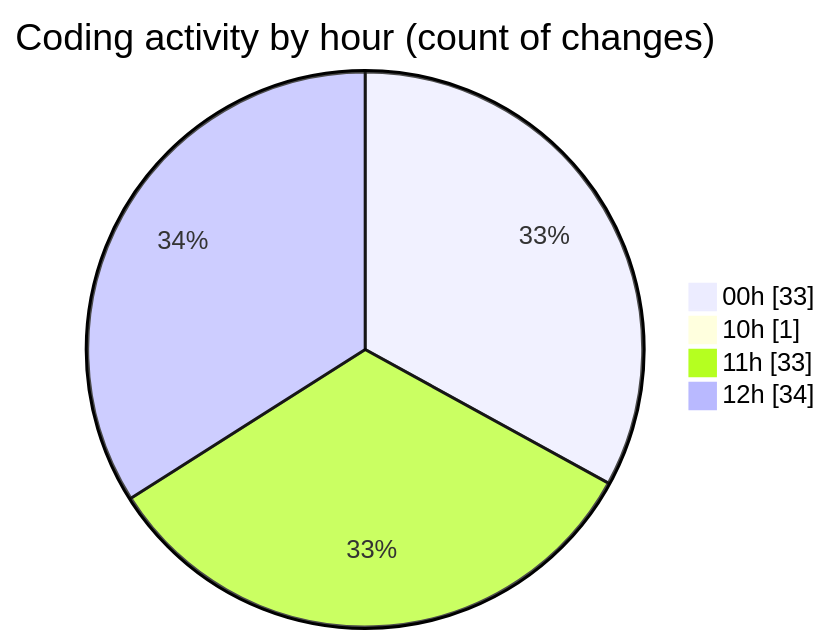
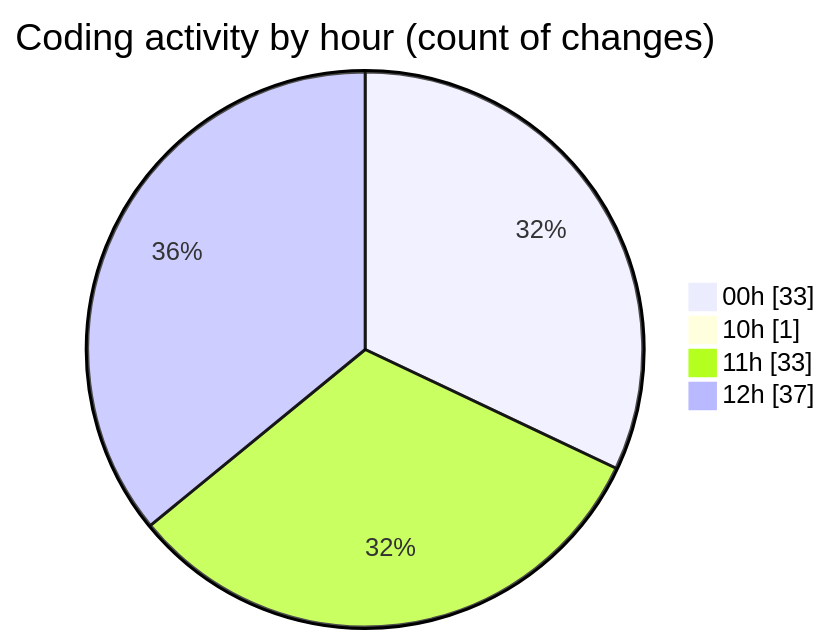
The second of 2 diagrams in 2025-08-10/nxtqube_webapp/README.md (nxtqubesakshisongat/code-tracking), drawn with Mermaid before and after one commit. The commit also changed other lines of this file and 1 other file, not shown here.

````diff
--- a/2025-08-10/nxtqube_webapp/README.md
+++ b/2025-08-10/nxtqube_webapp/README.md
@@ -30,8 +30,8 @@
 ```mermaid
 pie showData
 title Coding activity by hour (count of changes)
 "00h" : 33
 "10h" : 1
 "11h" : 33
-"12h" : 34
+"12h" : 37
 ```
````
